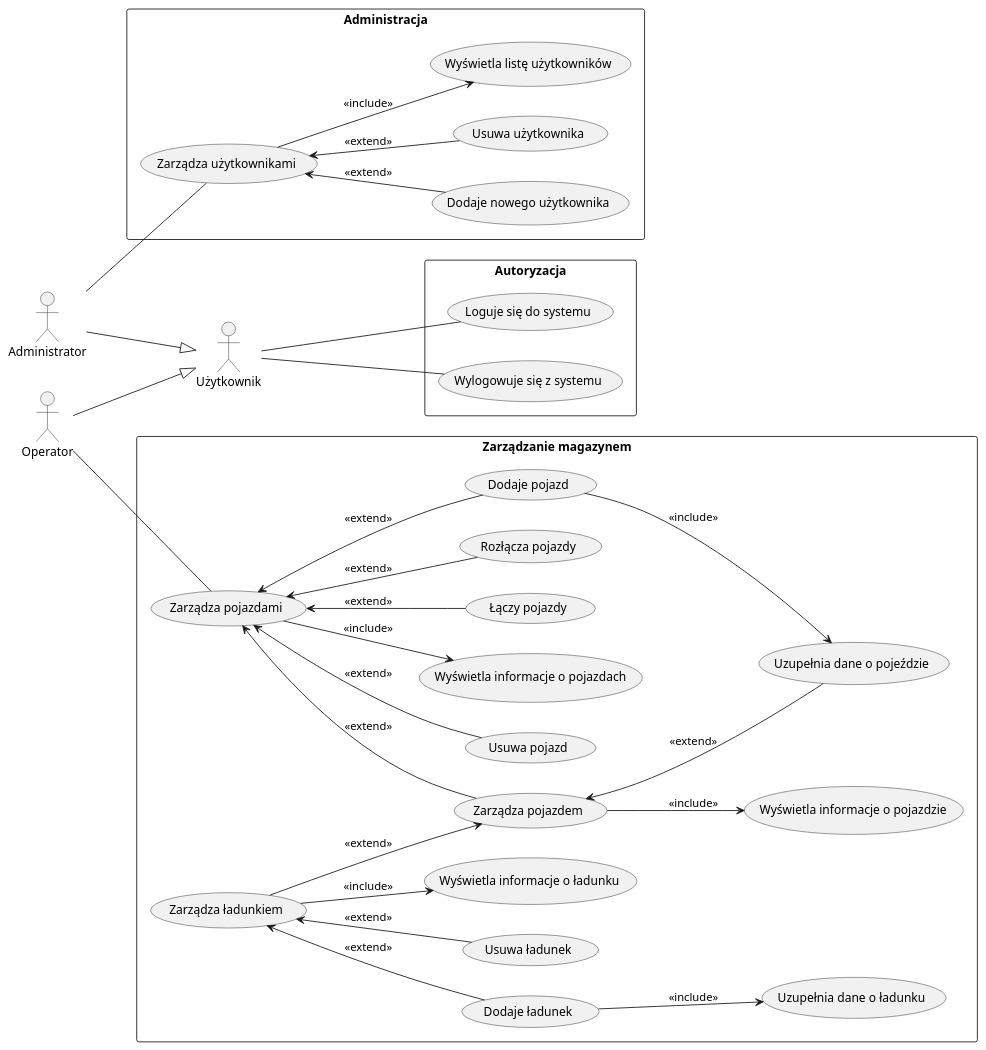
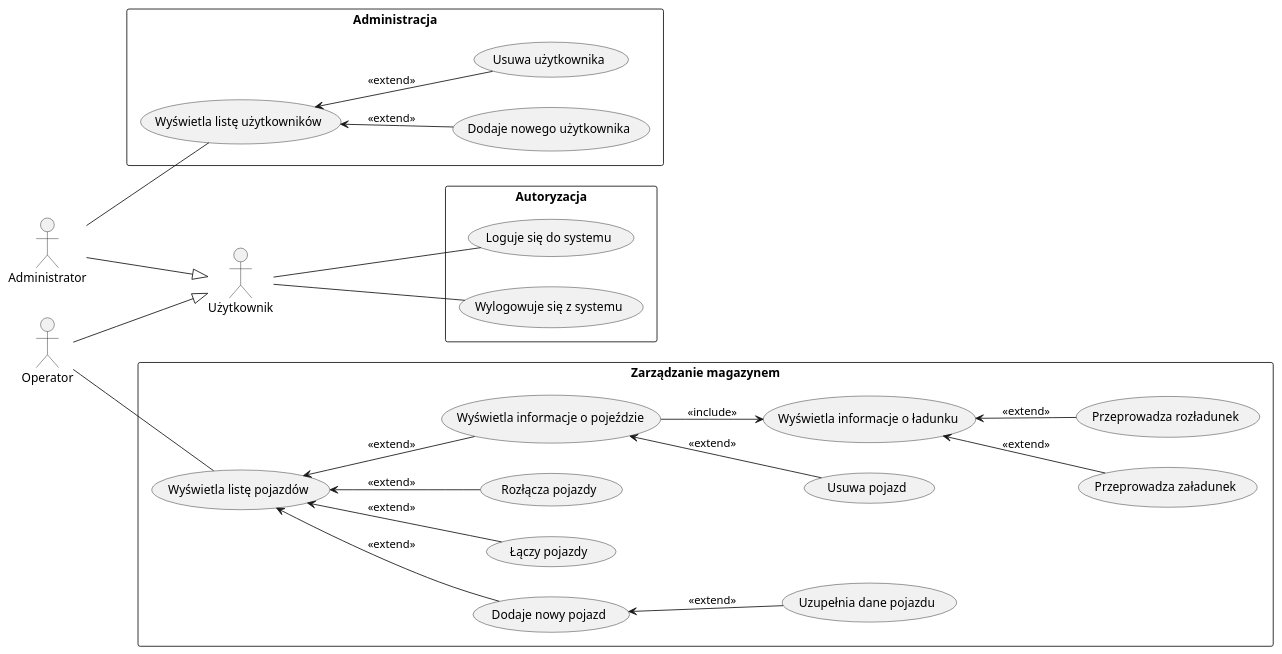
Before and after one commit to Ch3shireDev/WIT-Zajecia: the third of 3 diagrams in semestr-5/Inzynieria oprogramowania/lab/specyfikacja_wymagan_v0_0_5.md, drawn with PlantUML. The commit also changed other lines of this file and 23 other files, not shown here.

Commit message:
Dodane diagramy

````diff
--- a/semestr-5/Inzynieria oprogramowania/lab/specyfikacja_wymagan_v0_0_5.md
+++ b/semestr-5/Inzynieria oprogramowania/lab/specyfikacja_wymagan_v0_0_5.md
@@ -138,54 +124,56 @@
 ```plantuml
 @startuml
 
 left to right direction
 
   actor "Administrator" as admin
   actor "Użytkownik" as user
   actor "Operator" as operator
 admin --|> user
 operator --|> user
 
 rectangle "Administracja" {
-  usecase "Zarządza użytkownikami" as A1
+  usecase "Wyświetla listę użytkowników" as A1
   admin -- A1
   A1 <-- (Dodaje nowego użytkownika) : <<extend>>
   A1 <-- (Usuwa użytkownika) : <<extend>>
-  A1 --> (Wyświetla listę użytkowników) : <<include>>
 }
 
 
 
 rectangle "Autoryzacja" {
   user -- (Loguje się do systemu)
   user -- (Wylogowuje się z systemu)
 }
 
 rectangle "Zarządzanie magazynem" {
-  usecase "Zarządza pojazdami" as M1
-  usecase "Zarządza pojazdem" as M2
-  usecase "Zarządza ładunkiem" as M3
-  ' usecase "Wyświetla informacje o ładunku" as M10
+  usecase "Wyświetla listę pojazdów" as M1
+  usecase "Dodaje nowy pojazd" as M2
+  usecase "Łączy pojazdy" as M3
+  usecase "Rozłącza pojazdy" as M4
+  usecase "Wyświetla informacje o pojeździe" as M5
+  usecase "Uzupełnia dane pojazdu" as M6
+  usecase "Usuwa pojazd" as M7
+  usecase "Przeprowadza załadunek" as M8
+  usecase "Przeprowadza rozładunek" as M9
+  usecase "Wyświetla informacje o ładunku" as M10
   
   operator -- M1
+
   M1 <-- M2 : <<extend>>
-  M1 <-- (Łączy pojazdy) : <<extend>>
-  M1 <-- (Rozłącza pojazdy) : <<extend>>
-  M1 <-- (Dodaje pojazd) : <<extend>>
-  M1 <-- (Usuwa pojazd) : <<extend>>
-  M1 --> (Wyświetla informacje o pojazdach) : <<include>>
-  M2 --> (Wyświetla informacje o pojazdzie) : <<include>>
-  M2 <--  (Uzupełnia dane o pojeździe) : <<extend>>
-  (Dodaje pojazd) -->  (Uzupełnia dane o pojeździe) : <<include>>
-  M3 --> M2 : <<extend>>
-  M3 --> (Wyświetla informacje o ładunku) : <<include>>
-  (Dodaje ładunek) --> (Uzupełnia dane o ładunku) : <<include>>
-  '  (Wyświetla informacje o ładunku) <-- (Wyświetla informacje o pojazdzie)  : <<include>>
-  M3 <-- (Dodaje ładunek) : <<extend>>
-  M3 <-- (Usuwa ładunek) : <<extend>>
+  M1 <-- M3 : <<extend>>
+  M1 <-- M4 : <<extend>>
+  M1 <-- M5 : <<extend>>
+
+  M2 <-- M6 : <<extend>>
+  M5 <-- M7 : <<extend>>
+  M5 --> M10 : <<include>>
+  M10 <-- M8 : <<extend>>
+  M10 <-- M9 : <<extend>>
+
 }
 
 
 
 @enduml
 ```
````
